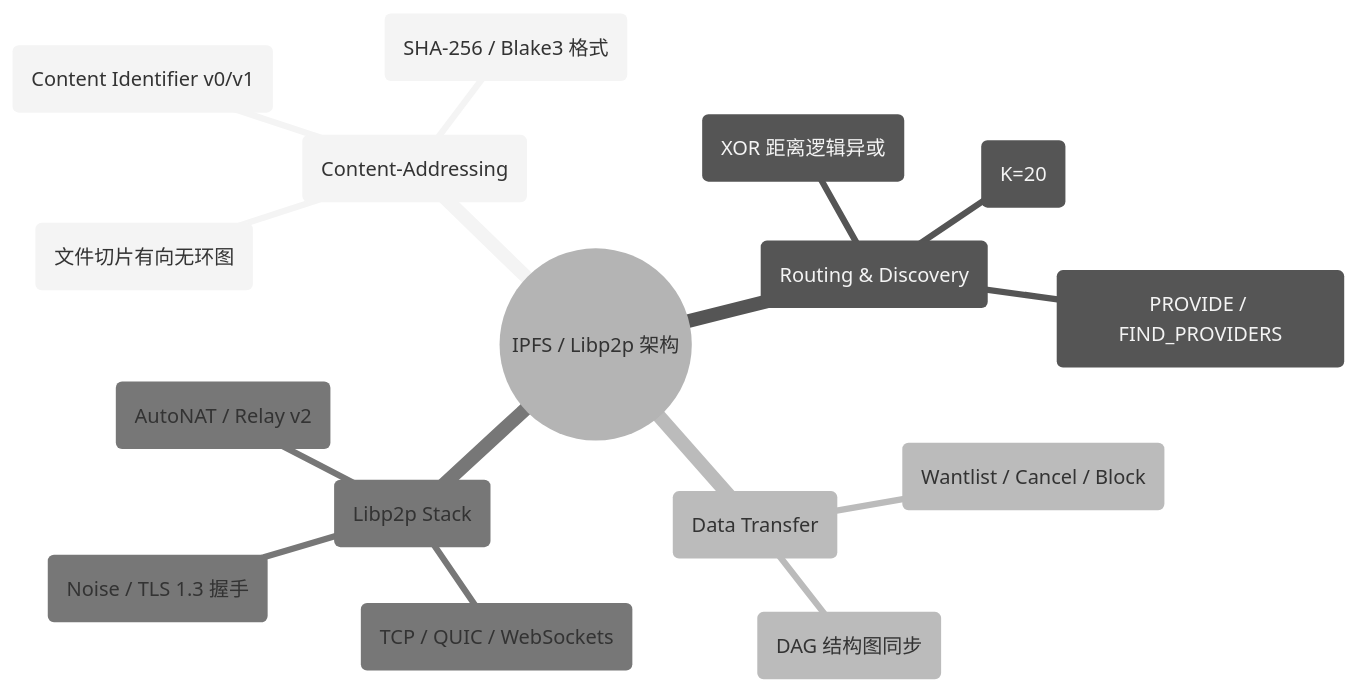
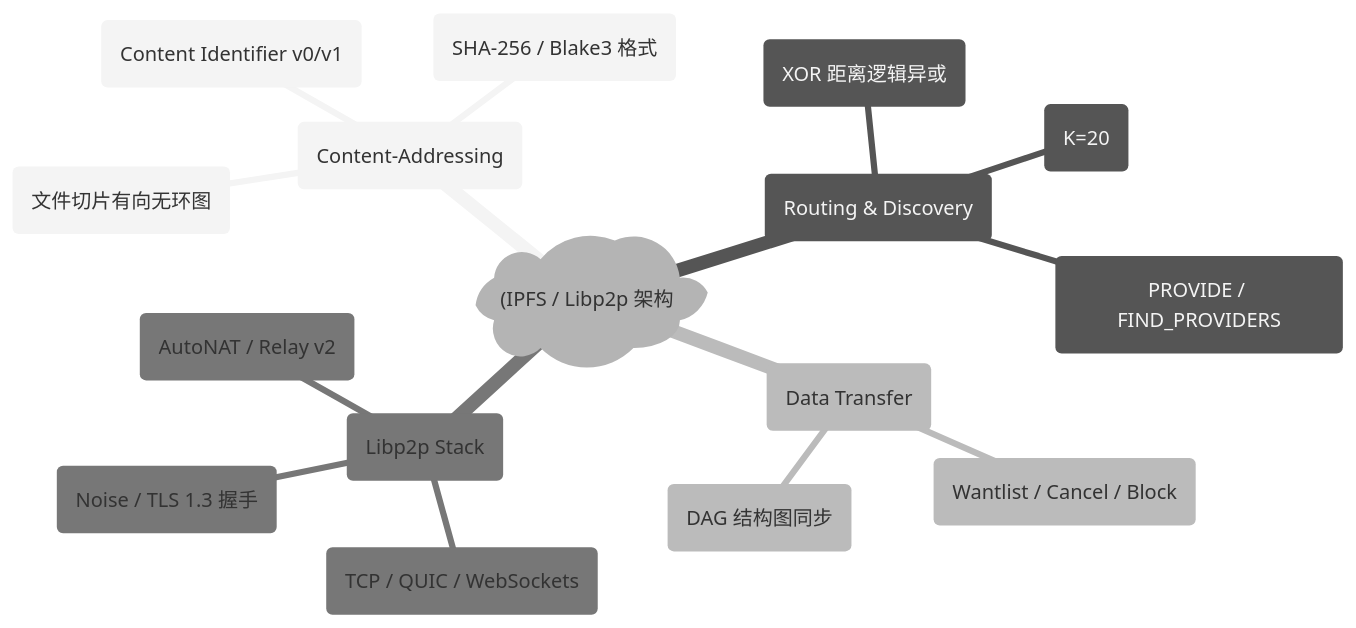
One commit to koosai/AI-Architect-Learning changed the second of 6 diagrams in docs/atlas/ipfs-libp2p.mdx. Above: the diagram before and after it, drawn with Mermaid (neutral theme). The commit also changed 187 other files, not shown here.

Commit message:
fix(mermaid): fix all unquoted parens and edge label syntax errors across all docs

````diff
--- a/docs/atlas/ipfs-libp2p.mdx
+++ b/docs/atlas/ipfs-libp2p.mdx
@@ -88,19 +88,19 @@
 ```mermaid
 mindmap
-  root((IPFS / Libp2p 架构))
+  root("(IPFS / Libp2p 架构"))
     内容寻址与数据结构 (Content-Addressing)
       CID (Content Identifier v0/v1)
       Multihash (SHA-256 / Blake3 格式)
       UnixFS & Merkle DAG (文件切片有向无环图)
     节点与发现 (Routing & Discovery)
       Kademlia DHT (XOR 距离逻辑异或)
       k-buckets 路由表 (K=20)
       Provider Records (PROVIDE / FIND_PROVIDERS)
     数据交换协议 (Data Transfer)
       BitSwap Protocol (Wantlist / Cancel / Block)
       GraphSync (DAG 结构图同步)
     Libp2p 模块化网络栈 (Libp2p Stack)
       Transports (TCP / QUIC / WebSockets)
       Security (Noise / TLS 1.3 握手)
       NAT Traversal (AutoNAT / Relay v2)
 ```
````
